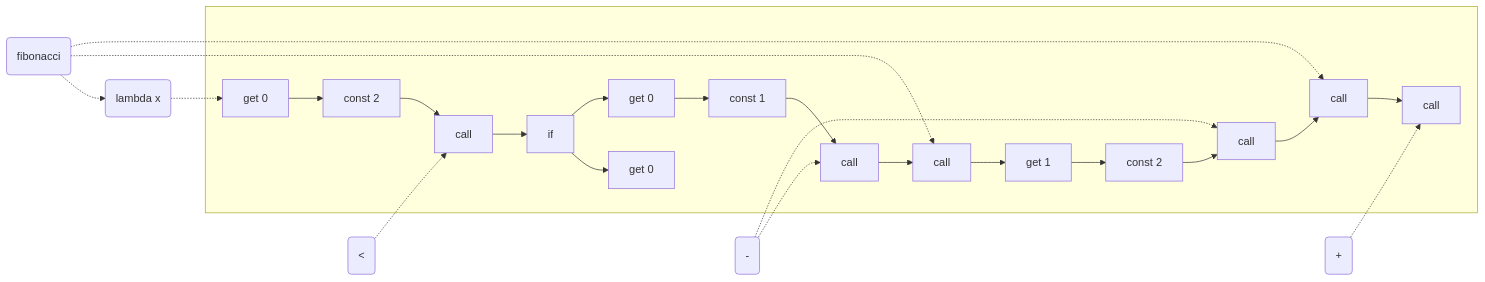
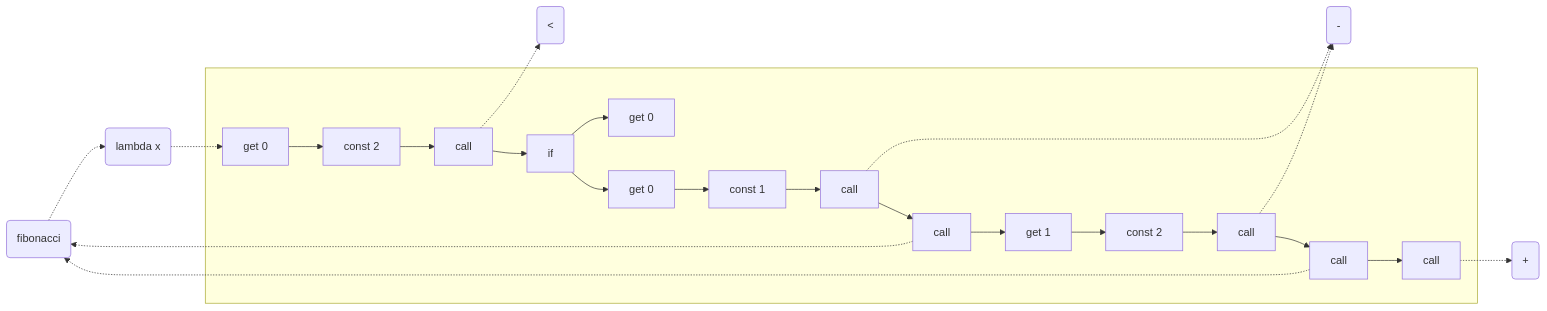
One commit to raviqqe/doc changed the diagram in slides/papers/stak-scheme/fibonacci.mmd. Above: the diagram before and after it, drawn with Mermaid.

```diff
--- a/slides/papers/stak-scheme/fibonacci.mmd
+++ b/slides/papers/stak-scheme/fibonacci.mmd
@@ -1,16 +1,16 @@
 flowchart LR
   d0(fibonacci) -.-> d1
-  d0 -.-> c9
-  d0 -.-> c13
+  c9 -.-> d0
+  c13 -.-> d0
   d1(lambda x) -.-> c0
-  d2(<) -.-> c2
-  d3("-") -.-> c8
-  d3 -.-> c12
-  d4(+) -.-> c14
+  c2 -.-> d2(<)
+  c8 -.-> d3("-")
+  c12 -.-> d3
+  c14 -.-> d4(+)
 
   subgraph s[ ]
     c0[get 0] --> c1[const 2] --> c2[call] --> c4
     c4[if] -->  c5[get 0]
     c4 -->  c6[get 0] --> c7[const 1] --> c8[call] --> c9[call] --> c10
     c10[get 1] --> c11[const 2] --> c12[call] --> c13[call] --> c14[call]
   end
```
